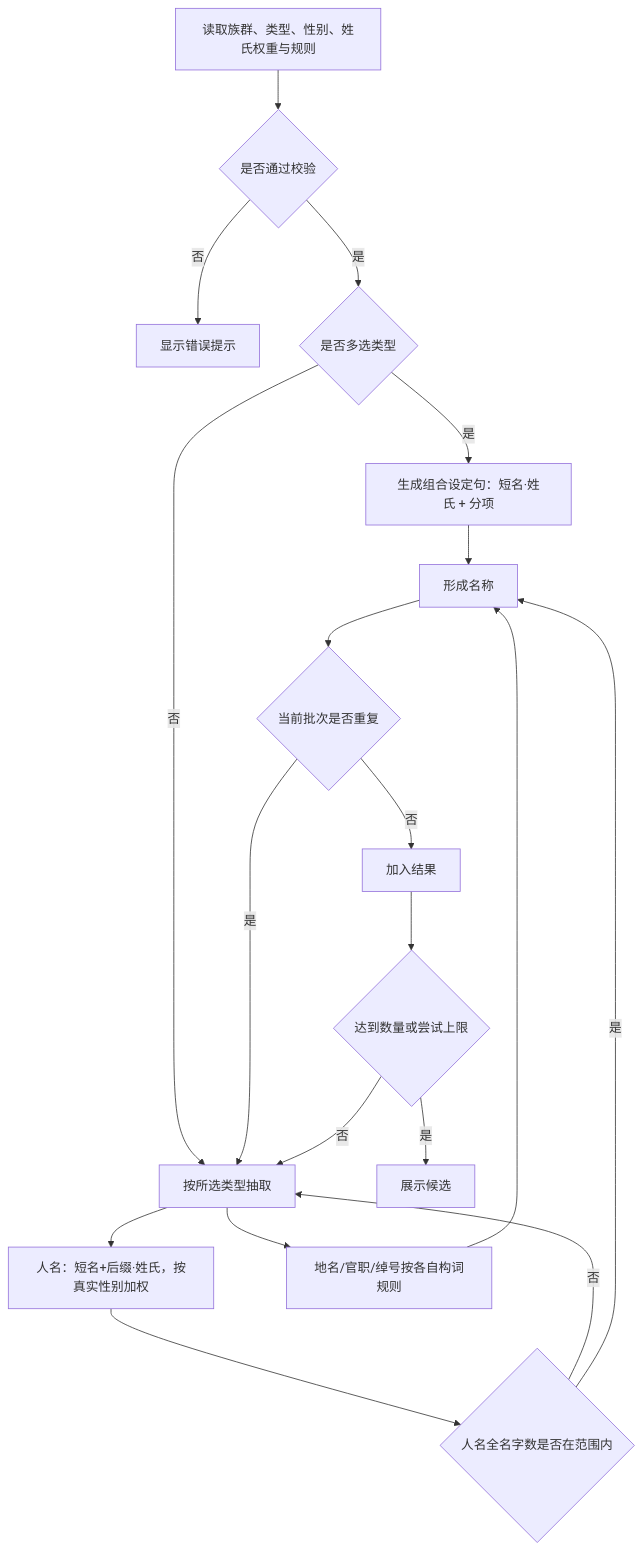
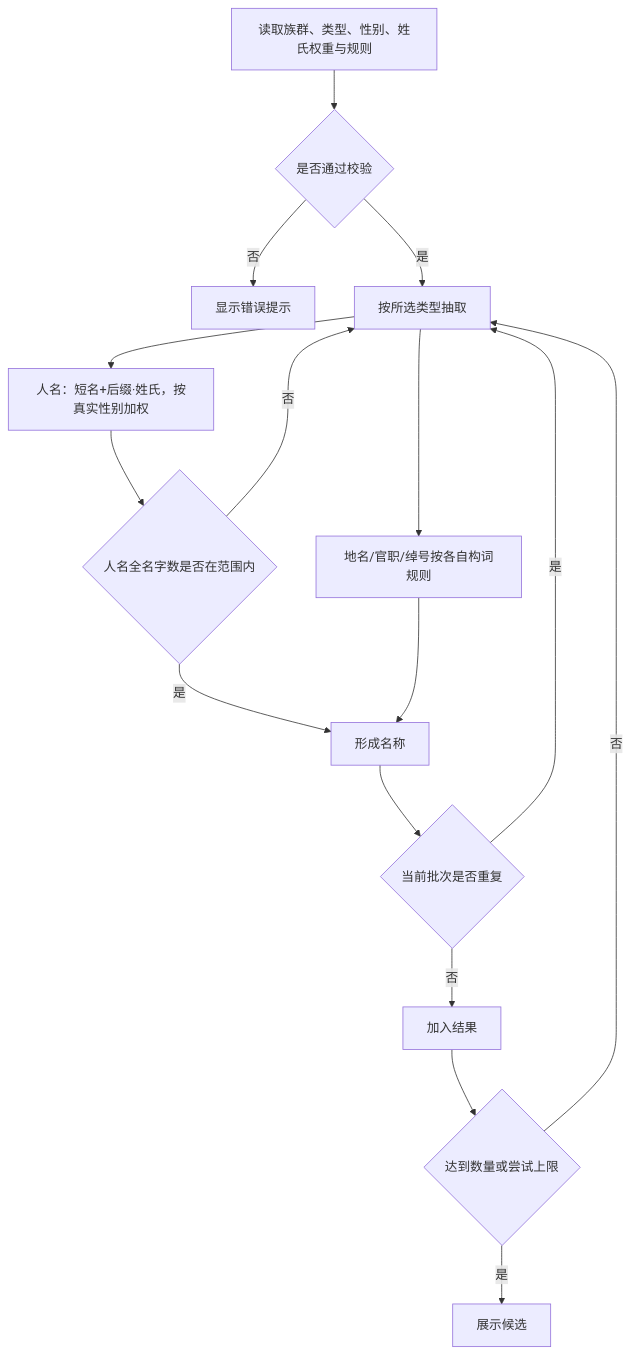
Before and after one commit to the-writer/creative-workshop: the diagram in docs/prd/02-name-generation.md, drawn with Mermaid. The commit also changed other lines of this file and 6 other files, not shown here.

````diff
--- a/docs/prd/02-name-generation.md
+++ b/docs/prd/02-name-generation.md
@@ -71,21 +71,18 @@
 ```mermaid
 flowchart TD
   A[读取族群、类型、性别、姓氏权重与规则] --> B{是否通过校验}
   B -- 否 --> C[显示错误提示]
-  B -- 是 --> D{是否多选类型}
-  D -- 是 --> E[生成组合设定句：短名·姓氏 + 分项]
-  D -- 否 --> F[按所选类型抽取]
+  B -- 是 --> F[按所选类型抽取]
   F --> F1[人名：短名+后缀·姓氏，按真实性别加权]
   F --> F2[地名/官职/绰号按各自构词规则]
   F1 --> G{人名全名字数是否在范围内}
   G -- 否 --> F
   G -- 是 --> H[形成名称]
-  E --> H
   F2 --> H
   H --> I{当前批次是否重复}
   I -- 是 --> F
   I -- 否 --> J[加入结果]
   J --> K{达到数量或尝试上限}
   K -- 否 --> F
   K -- 是 --> L[展示候选]
 ```
````
